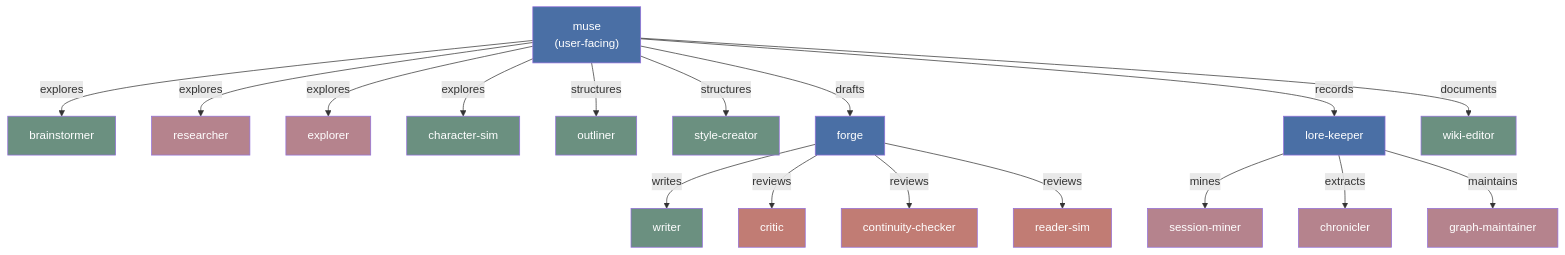
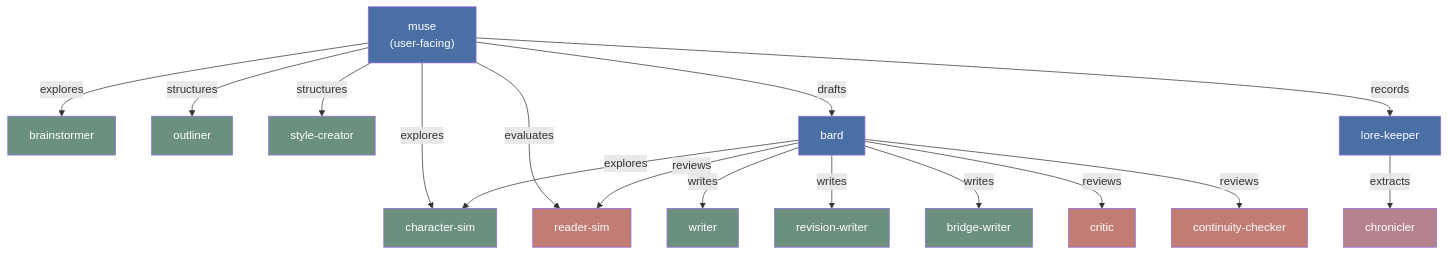
The first of 4 diagrams in docs/architecture.md (haowjy/creative-writing-skills), drawn with Mermaid before and after one commit. The commit also changed other lines of this file and 60 other files, not shown here.

First line of the commit message:
Claude Code plugin, architecture fixes, and installation docs

````diff
--- a/docs/architecture.md
+++ b/docs/architecture.md
@@ -7,33 +7,32 @@
 ```mermaid
 graph TD
     SO["muse<br/>(user-facing)"]
 
     SO -->|explores| BS[brainstormer]
-    SO -->|explores| RE[researcher]
-    SO -->|explores| EX[explorer]
     SO -->|explores| CS[character-sim]
+    SO -->|evaluates| RS[reader-sim]
     SO -->|structures| OL[outliner]
     SO -->|structures| SC[style-creator]
-    SO -->|drafts| DO[forge]
+    SO -->|drafts| DO[bard]
     SO -->|records| KO[lore-keeper]
-    SO -->|documents| WE[wiki-editor]
 
     DO -->|writes| WR[writer]
+    DO -->|writes| RW[revision-writer]
+    DO -->|writes| BW[bridge-writer]
+    DO -->|explores| CS[character-sim]
     DO -->|reviews| CR[critic]
     DO -->|reviews| CC[continuity-checker]
     DO -->|reviews| RS[reader-sim]
 
-    KO -->|mines| SM[session-miner]
     KO -->|extracts| CH[chronicler]
-    KO -->|maintains| GM[graph-maintainer]
 
     classDef orch fill:#4a6fa5,color:#fff
     classDef creative fill:#6b9080,color:#fff
     classDef review fill:#c17c74,color:#fff
     classDef knowledge fill:#b5838d,color:#fff
 
     class SO,DO,KO orch
-    class BS,OL,WR,SC,WE,CS creative
+    class BS,OL,WR,RW,BW,SC,CS creative
     class CR,CC,RS review
-    class SM,CH,GM,EX,RE knowledge
+    class CH knowledge
 ```
````
